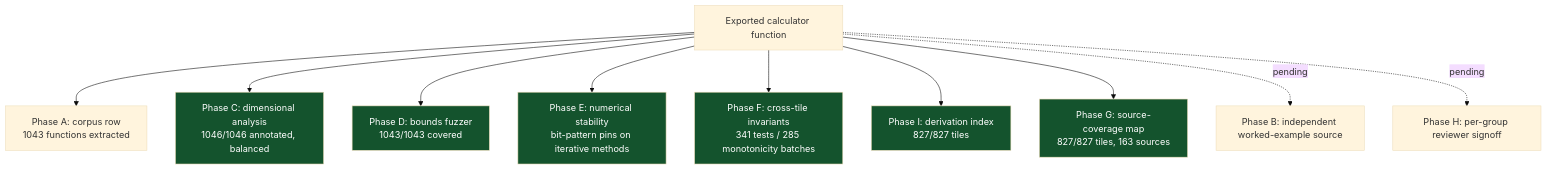
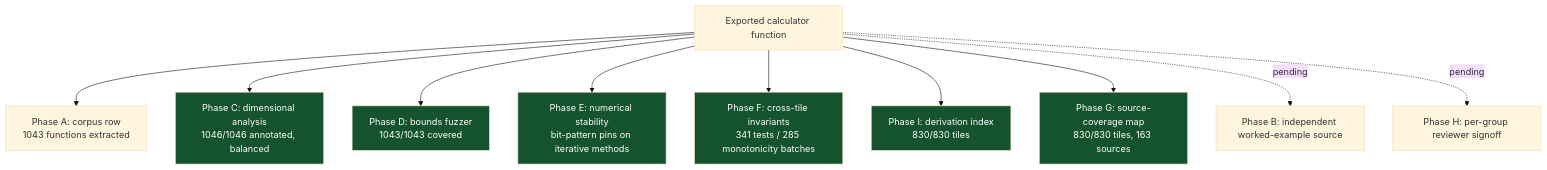
One commit to clay-good/roughlogic.com changed the sixth of 8 diagrams in README.md. Above: the diagram before and after it, drawn with Mermaid (base theme). The commit also changed other lines of this file and 18 other files, not shown here.

````diff
--- a/README.md
+++ b/README.md
@@ -519,18 +519,18 @@
 ```mermaid
 flowchart TB
     F[Exported calculator function] --> A[Phase A: corpus row\n1043 functions extracted]
     F --> C[Phase C: dimensional analysis\n1046/1046 annotated, balanced]
     F --> D[Phase D: bounds fuzzer\n1043/1043 covered]
     F --> E[Phase E: numerical stability\nbit-pattern pins on iterative methods]
     F --> Fa[Phase F: cross-tile invariants\n341 tests / 285 monotonicity batches]
-    F --> I[Phase I: derivation index\n827/827 tiles]
-    F --> G[Phase G: source-coverage map\n827/827 tiles, 163 sources]
+    F --> I[Phase I: derivation index\n830/830 tiles]
+    F --> G[Phase G: source-coverage map\n830/830 tiles, 163 sources]
     F -.pending.-> B[Phase B: independent worked-example source]
     F -.pending.-> H[Phase H: per-group reviewer signoff]
     style C fill:#14532d,color:#fff
     style D fill:#14532d,color:#fff
     style E fill:#14532d,color:#fff
     style Fa fill:#14532d,color:#fff
     style G fill:#14532d,color:#fff
     style I fill:#14532d,color:#fff
 ```
````
